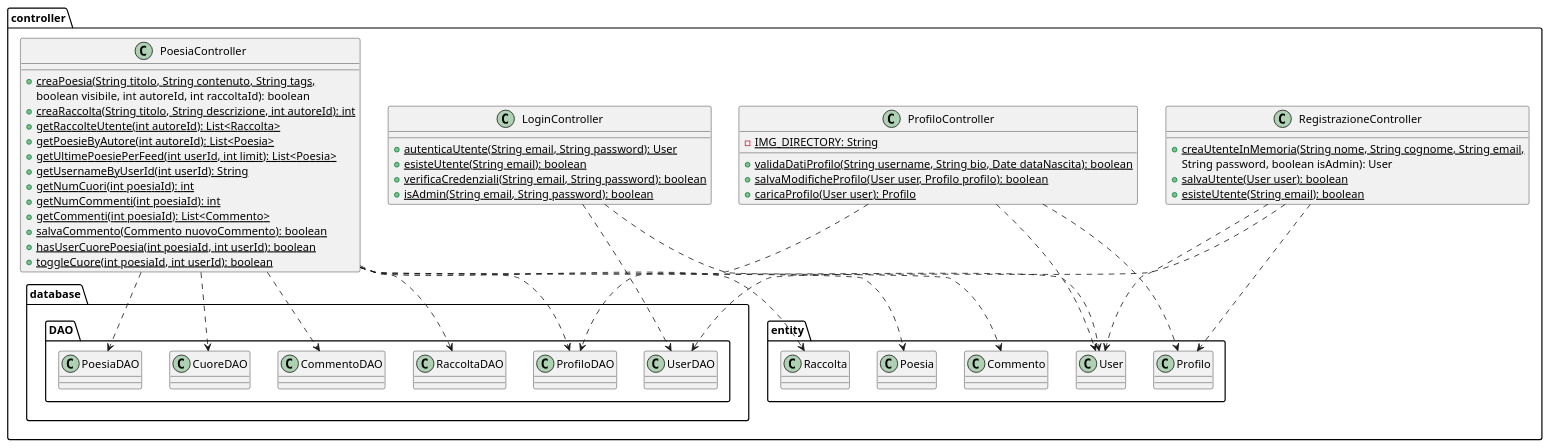
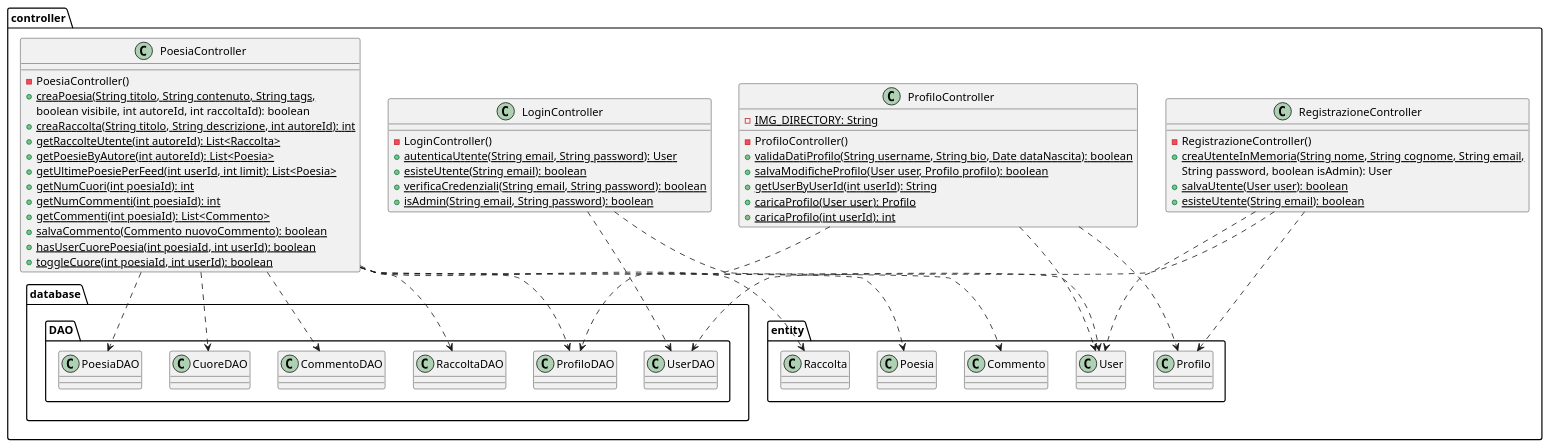
Before and after one commit to mcipo/PoesieBrevi: the diagram in ProgettoJava/PoesieBrevi/diagrammiUML/packageController.puml, drawn with PlantUML. The commit also changed 1 other file, not shown here.

Commit message:
Diagrammi aggiustati

```diff
--- a/ProgettoJava/PoesieBrevi/diagrammiUML/packageController.puml
+++ b/ProgettoJava/PoesieBrevi/diagrammiUML/packageController.puml
@@ -1,60 +1,65 @@
 @startuml
 package controller {
   class LoginController {
+    - LoginController()
     + {static} autenticaUtente(String email, String password): User
     + {static} esisteUtente(String email): boolean
     + {static} verificaCredenziali(String email, String password): boolean
     + {static} isAdmin(String email, String password): boolean
   }
 
   class RegistrazioneController {
+    - RegistrazioneController()
     + {static} creaUtenteInMemoria(String nome, String cognome, String email,
 String password, boolean isAdmin): User
     + {static} salvaUtente(User user): boolean
     + {static} esisteUtente(String email): boolean
   }
 
   class PoesiaController {
+    - PoesiaController()
     + {static} creaPoesia(String titolo, String contenuto, String tags,
 boolean visibile, int autoreId, int raccoltaId): boolean
     + {static} creaRaccolta(String titolo, String descrizione, int autoreId): int
     + {static} getRaccolteUtente(int autoreId): List<Raccolta>
     + {static} getPoesieByAutore(int autoreId): List<Poesia>
     + {static} getUltimePoesiePerFeed(int userId, int limit): List<Poesia>
-    + {static} getUsernameByUserId(int userId): String
     + {static} getNumCuori(int poesiaId): int
     + {static} getNumCommenti(int poesiaId): int
     + {static} getCommenti(int poesiaId): List<Commento>
     + {static} salvaCommento(Commento nuovoCommento): boolean
     + {static} hasUserCuorePoesia(int poesiaId, int userId): boolean
     + {static} toggleCuore(int poesiaId, int userId): boolean
   }
 
   class ProfiloController {
+    - ProfiloController()
     - {static} IMG_DIRECTORY: String
     + {static} validaDatiProfilo(String username, String bio, Date dataNascita): boolean
     + {static} salvaModificheProfilo(User user, Profilo profilo): boolean
+    + {static} getUserByUserId(int userId): String
     + {static} caricaProfilo(User user): Profilo
+    + {static} caricaProfilo(int userId): int
   }
 
   LoginController ..> database.DAO.UserDAO
   LoginController ..> entity.User
 
   RegistrazioneController ..> database.DAO.UserDAO
   RegistrazioneController ..> entity.User
   RegistrazioneController ..> entity.Profilo
 
   PoesiaController ..> database.DAO.PoesiaDAO
   PoesiaController ..> database.DAO.RaccoltaDAO
   PoesiaController ..> database.DAO.ProfiloDAO
   PoesiaController ..> database.DAO.CuoreDAO
   PoesiaController ..> database.DAO.CommentoDAO
   PoesiaController ..> entity.Poesia
   PoesiaController ..> entity.Raccolta
   PoesiaController ..> entity.Commento
 
   ProfiloController ..> database.DAO.ProfiloDAO
   ProfiloController ..> entity.User
   ProfiloController ..> entity.Profilo
 }
 @enduml
```
